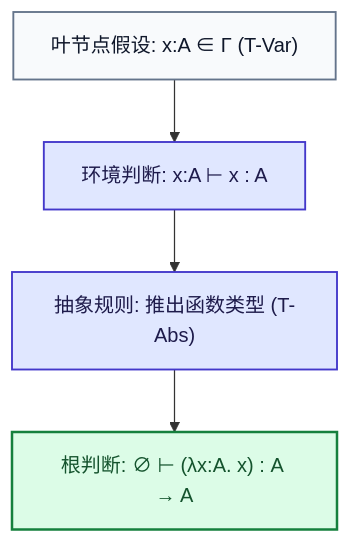
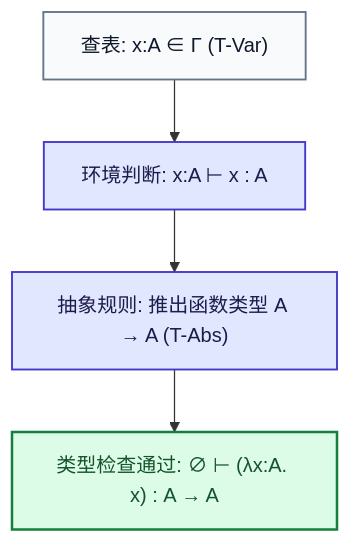
The first of 3 diagrams in src/content/posts/type-systems/simply-typed-lambda-calculus.mdx (jihaohaaaa/gfxvis), drawn with Mermaid before and after one commit. The commit also changed other lines of this file and 6 other files, not shown here.

Commit message:
feat(content): add subtype and variance article, interactive diagram, and E2E tests

````diff
--- a/src/content/posts/type-systems/simply-typed-lambda-calculus.mdx
+++ b/src/content/posts/type-systems/simply-typed-lambda-calculus.mdx
@@ -104,10 +109,10 @@
 ```mermaid
 graph TD
     classDef rule fill:#e0e7ff,stroke:#4338ca,stroke-width:1.5px,color:#1e1b4b;
     classDef term fill:#f8fafc,stroke:#64748b,stroke-width:1.5px,color:#0f172a;
     classDef result fill:#dcfce7,stroke:#15803d,stroke-width:2px,color:#14532d;
 
-    Leaf["叶节点假设: x:A ∈ Γ (T-Var)"]:::term --> Step1["环境判断: x:A ⊢ x : A"]:::rule
-    Step1 --> Step2["抽象规则: 推出函数类型 (T-Abs)"]:::rule
-    Step2 --> Root["根判断: ∅ ⊢ (λx:A. x) : A → A"]:::result
+    Leaf["查表: x:A ∈ Γ (T-Var)"]:::term --> Step1["环境判断: x:A ⊢ x : A"]:::rule
+    Step1 --> Step2["抽象规则: 推出函数类型 A → A (T-Abs)"]:::rule
+    Step2 --> Root["类型检查通过: ∅ ⊢ (λx:A. x) : A → A"]:::result
 ```
````
